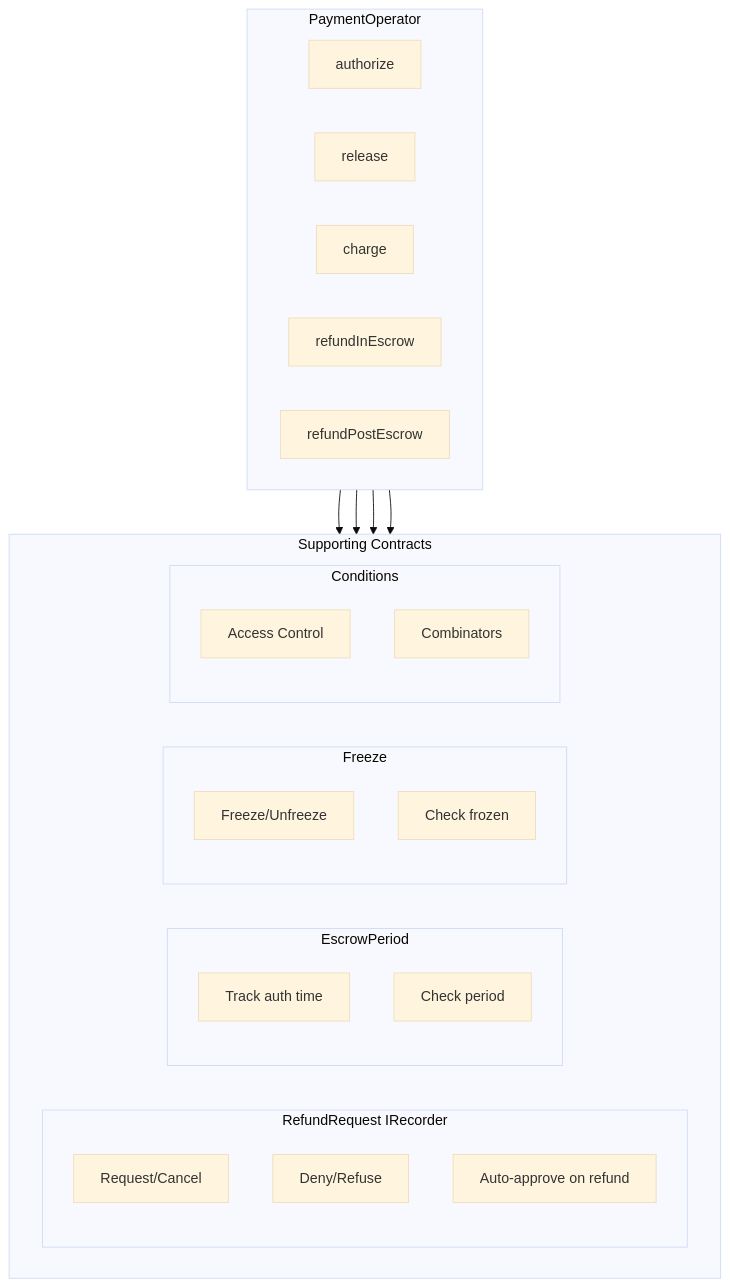
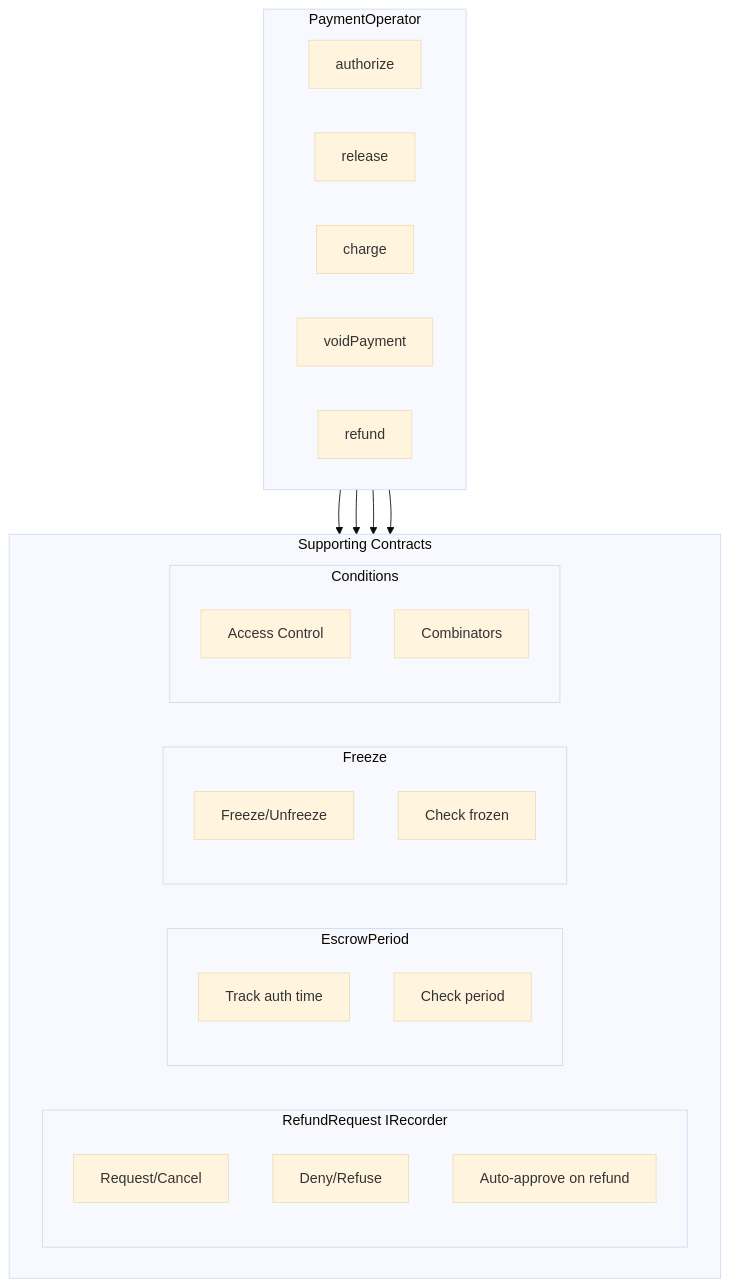
The third of 3 diagrams in sdk/concepts.mdx (BackTrackCo/docs), drawn with Mermaid (base theme) before and after one commit. The commit also changed other lines of this file and 31 other files, not shown here.

````diff
--- a/sdk/concepts.mdx
+++ b/sdk/concepts.mdx
@@ -166,37 +166,37 @@
 ```mermaid
 flowchart TB
     subgraph PO[PaymentOperator]
         direction LR
         auth[authorize]
         rel[release]
         chg[charge]
-        ref[refundInEscrow]
-        refp[refundPostEscrow]
+        ref[voidPayment]
+        refp[refund]
     end
 
     subgraph Components[Supporting Contracts]
         direction LR
         subgraph RR[RefundRequest IRecorder]
             rr1[Request/Cancel]
             rr2[Deny/Refuse]
             rr3[Auto-approve on refund]
         end
         subgraph EP[EscrowPeriod]
             ep1[Track auth time]
             ep2[Check period]
         end
         subgraph FR[Freeze]
             fr1[Freeze/Unfreeze]
             fr2[Check frozen]
         end
         subgraph Cond[Conditions]
             c1[Access Control]
             c2[Combinators]
         end
     end
 
     PO --> RR
     PO --> EP
     PO --> FR
     PO --> Cond
 ```
````
